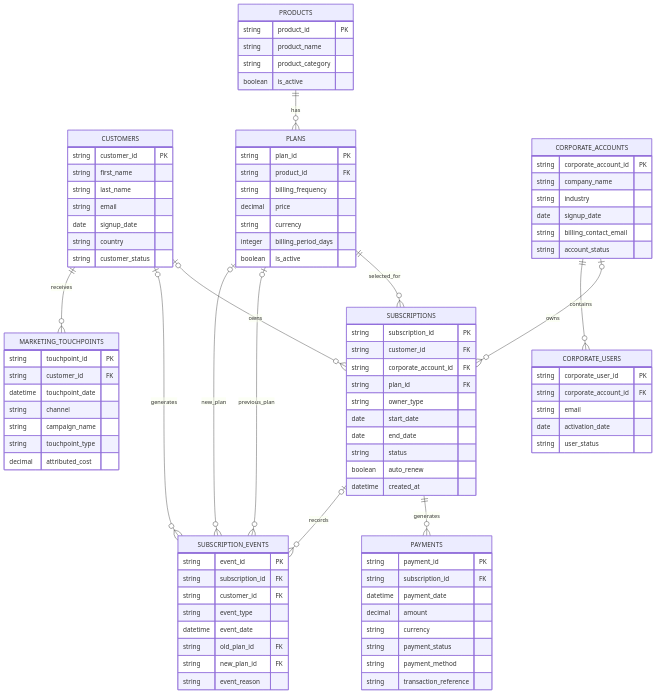
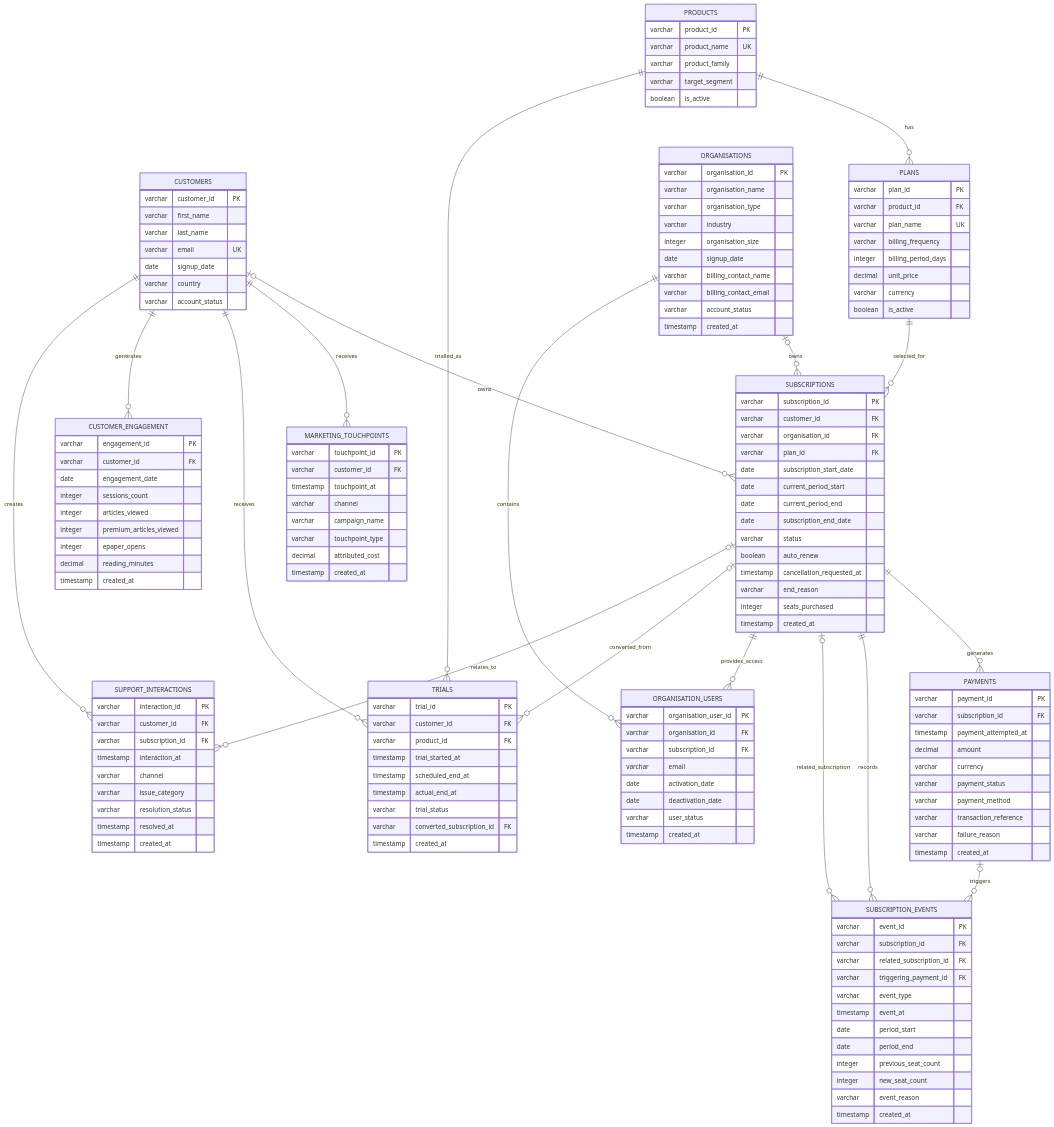
Before and after one commit to FaithMusyoki/dailypulse-subscription-intelligence: the diagram in docs/docs/erd.md, drawn with Mermaid. The commit also changed other lines of this file, not shown here.

Commit message:
Update ERD to final v1 data model

````diff
--- a/docs/docs/erd.md
+++ b/docs/docs/erd.md
@@ -43,113 +37,181 @@
 erDiagram
 
     CUSTOMERS {
-        string customer_id PK
-        string first_name
-        string last_name
-        string email
+        varchar customer_id PK
+        varchar first_name
+        varchar last_name
+        varchar email UK
         date signup_date
-        string country
-        string customer_status
+        varchar country
+        varchar account_status
     }
 
     PRODUCTS {
-        string product_id PK
-        string product_name
-        string product_category
+        varchar product_id PK
+        varchar product_name UK
+        varchar product_family
+        varchar target_segment
         boolean is_active
     }
 
     PLANS {
-        string plan_id PK
-        string product_id FK
-        string billing_frequency
-        decimal price
-        string currency
+        varchar plan_id PK
+        varchar product_id FK
+        varchar plan_name UK
+        varchar billing_frequency
         integer billing_period_days
+        decimal unit_price
+        varchar currency
         boolean is_active
     }
 
+    ORGANISATIONS {
+        varchar organisation_id PK
+        varchar organisation_name
+        varchar organisation_type
+        varchar industry
+        integer organisation_size
+        date signup_date
+        varchar billing_contact_name
+        varchar billing_contact_email
+        varchar account_status
+        timestamp created_at
+    }
+
     SUBSCRIPTIONS {
-        string subscription_id PK
-        string customer_id FK
-        string corporate_account_id FK
-        string plan_id FK
-        string owner_type
-        date start_date
-        date end_date
-        string status
+        varchar subscription_id PK
+        varchar customer_id FK
+        varchar organisation_id FK
+        varchar plan_id FK
+        date subscription_start_date
+        date current_period_start
+        date current_period_end
+        date subscription_end_date
+        varchar status
         boolean auto_renew
-        datetime created_at
+        timestamp cancellation_requested_at
+        varchar end_reason
+        integer seats_purchased
+        timestamp created_at
+    }
+
+    PAYMENTS {
+        varchar payment_id PK
+        varchar subscription_id FK
+        timestamp payment_attempted_at
+        decimal amount
+        varchar currency
+        varchar payment_status
+        varchar payment_method
+        varchar transaction_reference
+        varchar failure_reason
+        timestamp created_at
     }
 
     SUBSCRIPTION_EVENTS {
-        string event_id PK
-        string subscription_id FK
-        string customer_id FK
-        string event_type
-        datetime event_date
-        string old_plan_id FK
-        string new_plan_id FK
-        string event_reason
+        varchar event_id PK
+        varchar subscription_id FK
+        varchar related_subscription_id FK
+        varchar triggering_payment_id FK
+        varchar event_type
+        timestamp event_at
+        date period_start
+        date period_end
+        integer previous_seat_count
+        integer new_seat_count
+        varchar event_reason
+        timestamp created_at
     }
 
-    PAYMENTS {
-        string payment_id PK
-        string subscription_id FK
-        datetime payment_date
-        decimal amount
-        string currency
-        string payment_status
-        string payment_method
-        string transaction_reference
-    }
-
-    CORPORATE_ACCOUNTS {
-        string corporate_account_id PK
-        string company_name
-        string industry
-        date signup_date
-        string billing_contact_email
-        string account_status
-    }
-
-    CORPORATE_USERS {
-        string corporate_user_id PK
-        string corporate_account_id FK
-        string email
+    ORGANISATION_USERS {
+        varchar organisation_user_id PK
+        varchar organisation_id FK
+        varchar subscription_id FK
+        varchar email
         date activation_date
-        string user_status
+        date deactivation_date
+        varchar user_status
+        timestamp created_at
     }
 
     MARKETING_TOUCHPOINTS {
-        string touchpoint_id PK
-        string customer_id FK
-        datetime touchpoint_date
-        string channel
-        string campaign_name
-        string touchpoint_type
+        varchar touchpoint_id PK
+        varchar customer_id FK
+        timestamp touchpoint_at
+        varchar channel
+        varchar campaign_name
+        varchar touchpoint_type
         decimal attributed_cost
+        timestamp created_at
+    }
+
+    TRIALS {
+        varchar trial_id PK
+        varchar customer_id FK
+        varchar product_id FK
+        timestamp trial_started_at
+        timestamp scheduled_end_at
+        timestamp actual_end_at
+        varchar trial_status
+        varchar converted_subscription_id FK
+        timestamp created_at
+    }
+
+    CUSTOMER_ENGAGEMENT {
+        varchar engagement_id PK
+        varchar customer_id FK
+        date engagement_date
+        integer sessions_count
+        integer articles_viewed
+        integer premium_articles_viewed
+        integer epaper_opens
+        decimal reading_minutes
+        timestamp created_at
+    }
+
+    SUPPORT_INTERACTIONS {
+        varchar interaction_id PK
+        varchar customer_id FK
+        varchar subscription_id FK
+        timestamp interaction_at
+        varchar channel
+        varchar issue_category
+        varchar resolution_status
+        timestamp resolved_at
+        timestamp created_at
     }
 
     PRODUCTS ||--o{ PLANS : has
 
-    PLANS ||--o{ SUBSCRIPTIONS : selected_for
-
     CUSTOMERS o|--o{ SUBSCRIPTIONS : owns
 
-    CORPORATE_ACCOUNTS o|--o{ SUBSCRIPTIONS : owns
+    ORGANISATIONS o|--o{ SUBSCRIPTIONS : owns
+
+    PLANS ||--o{ SUBSCRIPTIONS : selected_for
 
     SUBSCRIPTIONS ||--o{ PAYMENTS : generates
 
-    SUBSCRIPTIONS o|--o{ SUBSCRIPTION_EVENTS : records
+    SUBSCRIPTIONS ||--o{ SUBSCRIPTION_EVENTS : records
 
-    CUSTOMERS o|--o{ SUBSCRIPTION_EVENTS : generates
+    SUBSCRIPTIONS o|--o{ SUBSCRIPTION_EVENTS : related_subscription
+
+    PAYMENTS o|--o{ SUBSCRIPTION_EVENTS : triggers
+
+    ORGANISATIONS ||--o{ ORGANISATION_USERS : contains
+
+    SUBSCRIPTIONS ||--o{ ORGANISATION_USERS : provides_access
 
     CUSTOMERS ||--o{ MARKETING_TOUCHPOINTS : receives
 
-    CORPORATE_ACCOUNTS ||--o{ CORPORATE_USERS : contains
+    CUSTOMERS ||--o{ TRIALS : receives
 
-    PLANS o|--o{ SUBSCRIPTION_EVENTS : previous_plan
+    PRODUCTS ||--o{ TRIALS : trialled_as
 
-    PLANS o|--o{ SUBSCRIPTION_EVENTS : new_plan
+    SUBSCRIPTIONS o|--o{ TRIALS : converted_from
+
+    CUSTOMERS ||--o{ CUSTOMER_ENGAGEMENT : generates
+
+    CUSTOMERS ||--o{ SUPPORT_INTERACTIONS : creates
+
+    SUBSCRIPTIONS o|--o{ SUPPORT_INTERACTIONS : relates_to
 ```
````
